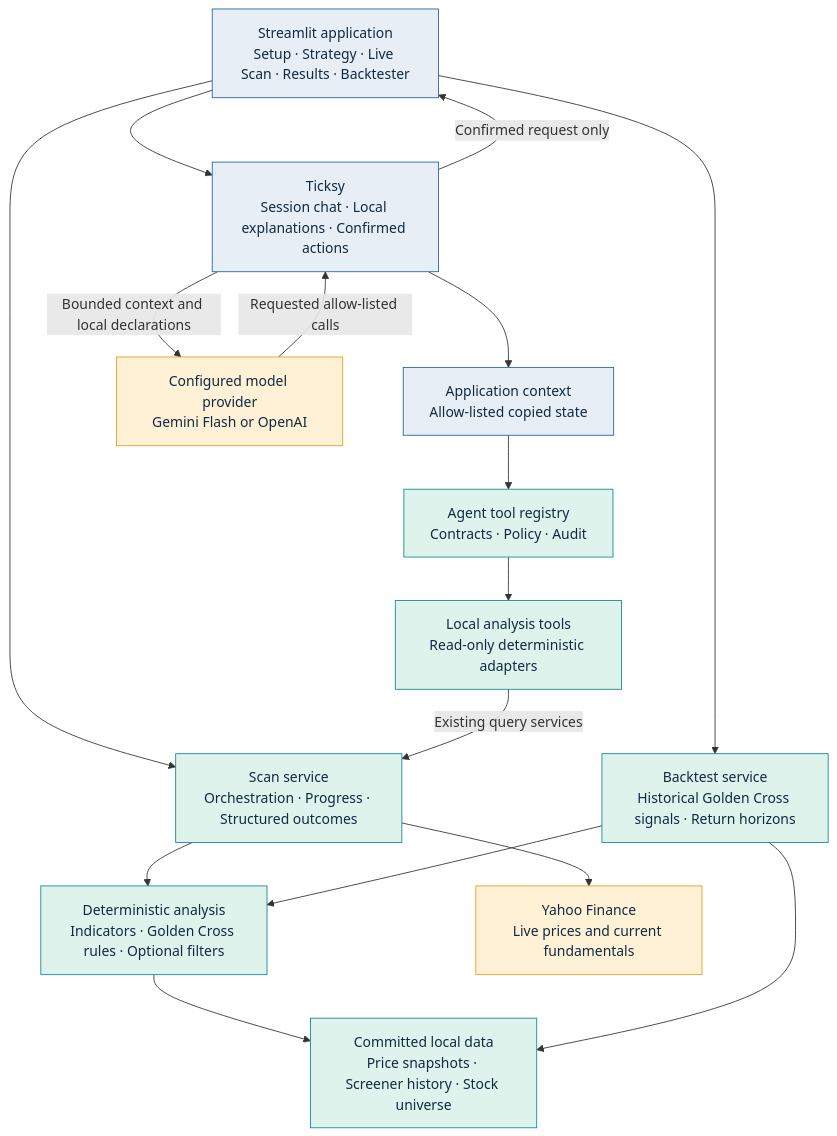
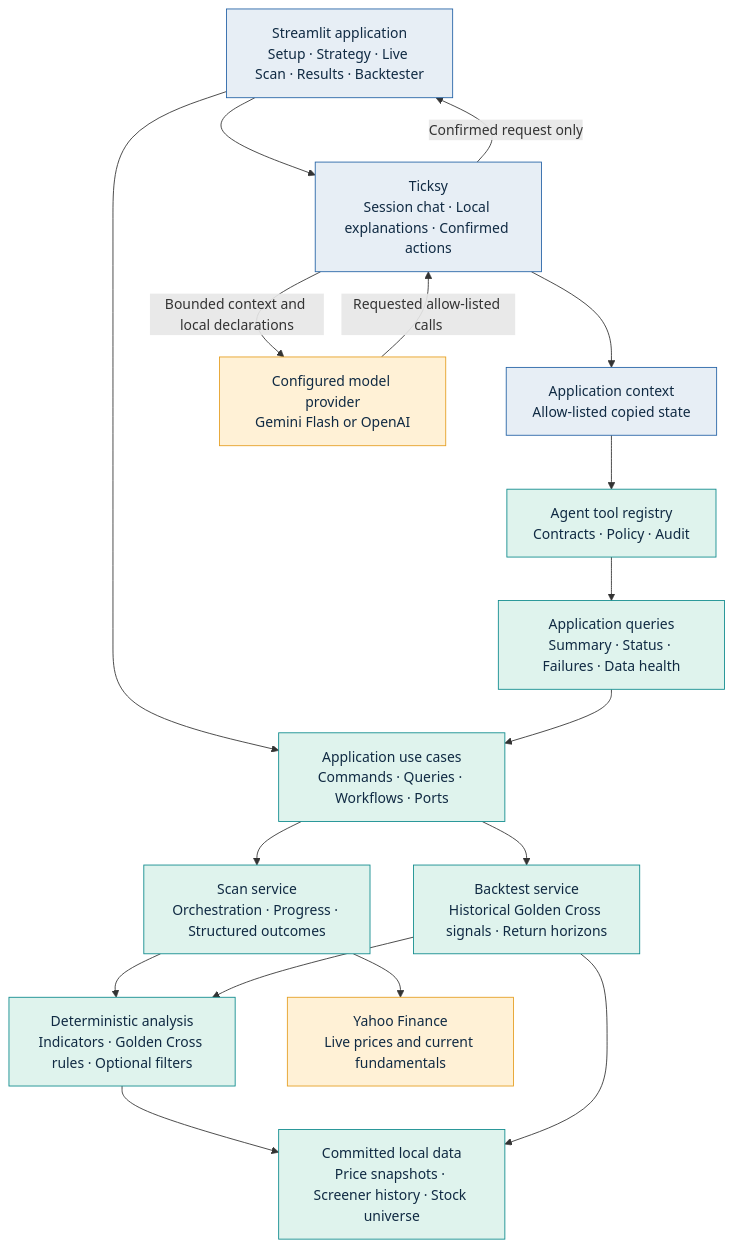
The diagram in docs/architecture.md (anshu10virgo/Stock-Analyser-YF), drawn with Mermaid before and after one commit. The commit also changed other lines of this file and 42 other files, not shown here.

````diff
--- a/docs/architecture.md
+++ b/docs/architecture.md
@@ -19,37 +19,39 @@
 ```mermaid
 flowchart TB
     UI["Streamlit application\nSetup · Strategy · Live Scan · Results · Backtester"]
     TICKSY["Ticksy\nSession chat · Local explanations · Confirmed actions"]
     CONTEXT["Application context\nAllow-listed copied state"]
     REGISTRY["Agent tool registry\nContracts · Policy · Audit"]
-    TOOLS["Local analysis tools\nRead-only deterministic adapters"]
+    TOOLS["Application queries\nSummary · Status · Failures · Data health"]
+    USECASES["Application use cases\nCommands · Queries · Workflows · Ports"]
     SCAN["Scan service\nOrchestration · Progress · Structured outcomes"]
     BACKTEST["Backtest service\nHistorical Golden Cross signals · Return horizons"]
     RULES["Deterministic analysis\nIndicators · Golden Cross rules · Optional filters"]
     LOCAL["Committed local data\nPrice snapshots · Screener history · Stock universe"]
     YAHOO["Yahoo Finance\nLive prices and current fundamentals"]
     PROVIDER["Configured model provider\nGemini Flash or OpenAI"]
 
-    UI --> SCAN
-    UI --> BACKTEST
+    UI --> USECASES
+    USECASES --> SCAN
+    USECASES --> BACKTEST
     UI --> TICKSY
     TICKSY --> CONTEXT
     CONTEXT --> REGISTRY
     REGISTRY --> TOOLS
-    TOOLS -->|"Existing query services"| SCAN
+    TOOLS --> USECASES
     TICKSY -->|"Confirmed request only"| UI
     TICKSY -->|"Bounded context and local declarations"| PROVIDER
     PROVIDER -->|"Requested allow-listed calls"| TICKSY
     SCAN --> RULES
     BACKTEST --> RULES
     RULES --> LOCAL
     SCAN --> YAHOO
     BACKTEST --> LOCAL
 
     classDef application fill:#e7eef5,stroke:#2563a6,color:#102a43;
     classDef service fill:#dff3ed,stroke:#0f8b8d,color:#102a43;
     classDef external fill:#fff1d6,stroke:#e59f23,color:#102a43;
     class UI,TICKSY,CONTEXT application;
-    class REGISTRY,TOOLS,SCAN,BACKTEST,RULES,LOCAL service;
+    class REGISTRY,TOOLS,USECASES,SCAN,BACKTEST,RULES,LOCAL service;
     class YAHOO,PROVIDER external;
 ```
````
